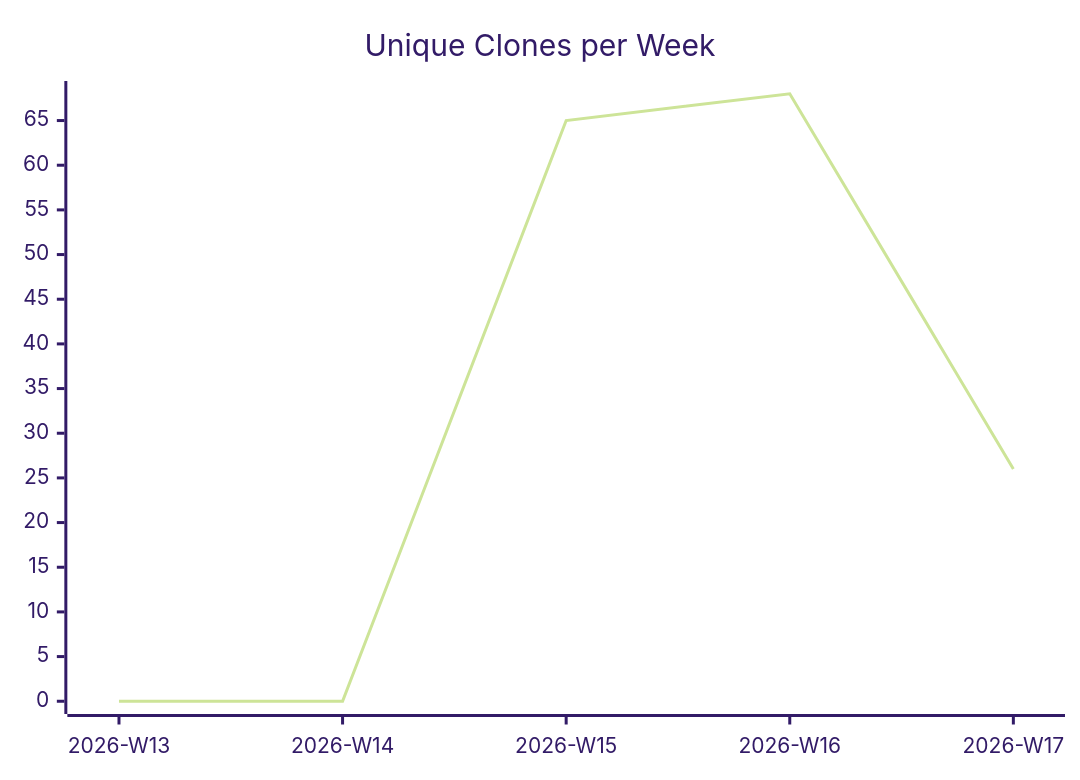
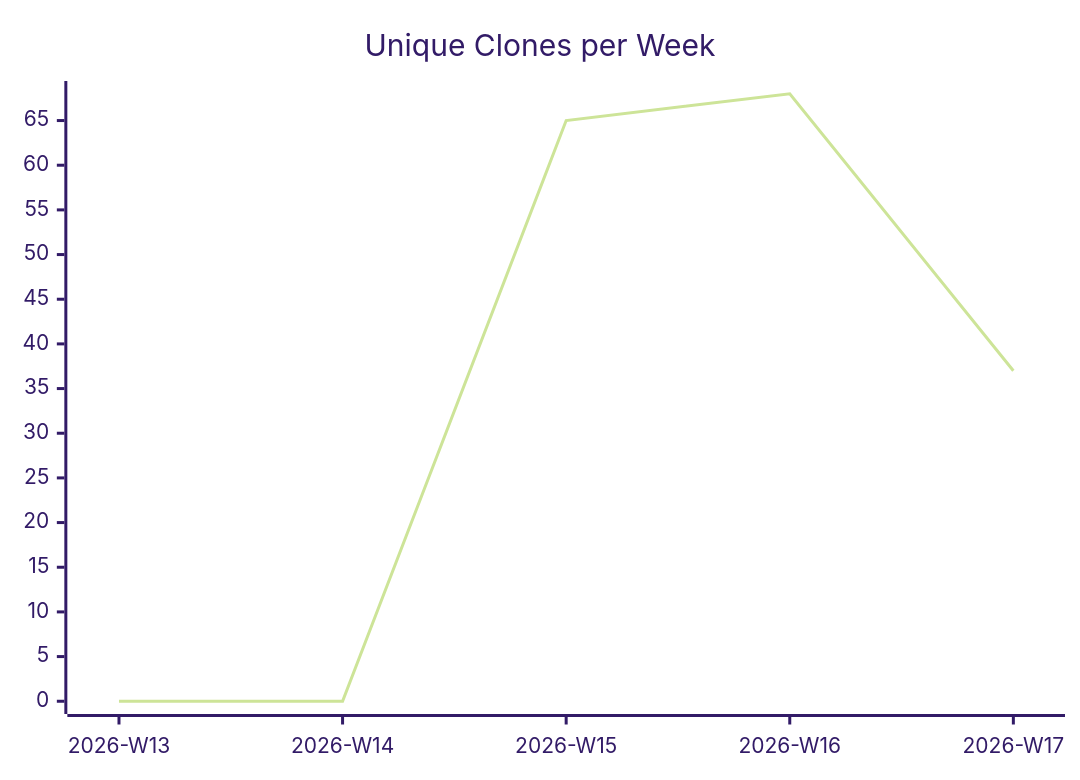
Before and after one commit to justdavis-family/github-analytics-data: the third of 3 diagrams in justdavis-family/github-analytics-data/README.md, drawn with Mermaid (forest theme). The commit also changed other lines of this file and 191 other files, not shown here.

````diff
--- a/justdavis-family/github-analytics-data/README.md
+++ b/justdavis-family/github-analytics-data/README.md
@@ -19,6 +19,6 @@
 ```mermaid
 xychart-beta
   title "Unique Clones per Week"
   x-axis ["2026-W13", "2026-W14", "2026-W15", "2026-W16", "2026-W17"]
-  line [0, 0, 65, 68, 26]
+  line [0, 0, 65, 68, 37]
 ```
````
